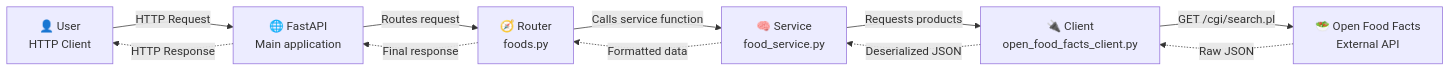
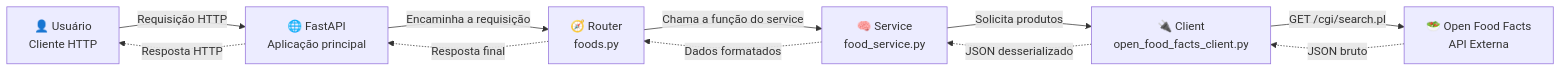
Before and after one commit to zVilanova/NutriData-AI: the diagram in README.md, drawn with Mermaid. The commit also changed other lines of this file, not shown here.

````diff
--- a/README.md
+++ b/README.md
@@ -33,21 +35,21 @@
 ```mermaid
 flowchart LR
-    user["👤 User<br/>HTTP Client"]
-    api["🌐 FastAPI<br/>Main application"]
+    user["👤 Usuário<br/>Cliente HTTP"]
+    api["🌐 FastAPI<br/>Aplicação principal"]
     router["🧭 Router<br/>foods.py"]
     service["🧠 Service<br/>food_service.py"]
     client["🔌 Client<br/>open_food_facts_client.py"]
-    external["🥗 Open Food Facts<br/>External API"]
+    external["🥗 Open Food Facts<br/>API Externa"]
 
-    user -->|"HTTP Request"| api
-    api -->|"Routes request"| router
-    router -->|"Calls service function"| service
-    service -->|"Requests products"| client
+    user -->|"Requisição HTTP"| api
+    api -->|"Encaminha a requisição"| router
+    router -->|"Chama a função do service"| service
+    service -->|"Solicita produtos"| client
     client -->|"GET /cgi/search.pl"| external
 
-    external -.->|"Raw JSON"| client
-    client -.->|"Deserialized JSON"| service
-    service -.->|"Formatted data"| router
-    router -.->|"Final response"| api
-    api -.->|"HTTP Response"| user
+    external -.->|"JSON bruto"| client
+    client -.->|"JSON desserializado"| service
+    service -.->|"Dados formatados"| router
+    router -.->|"Resposta final"| api
+    api -.->|"Resposta HTTP"| user
 ```
````
